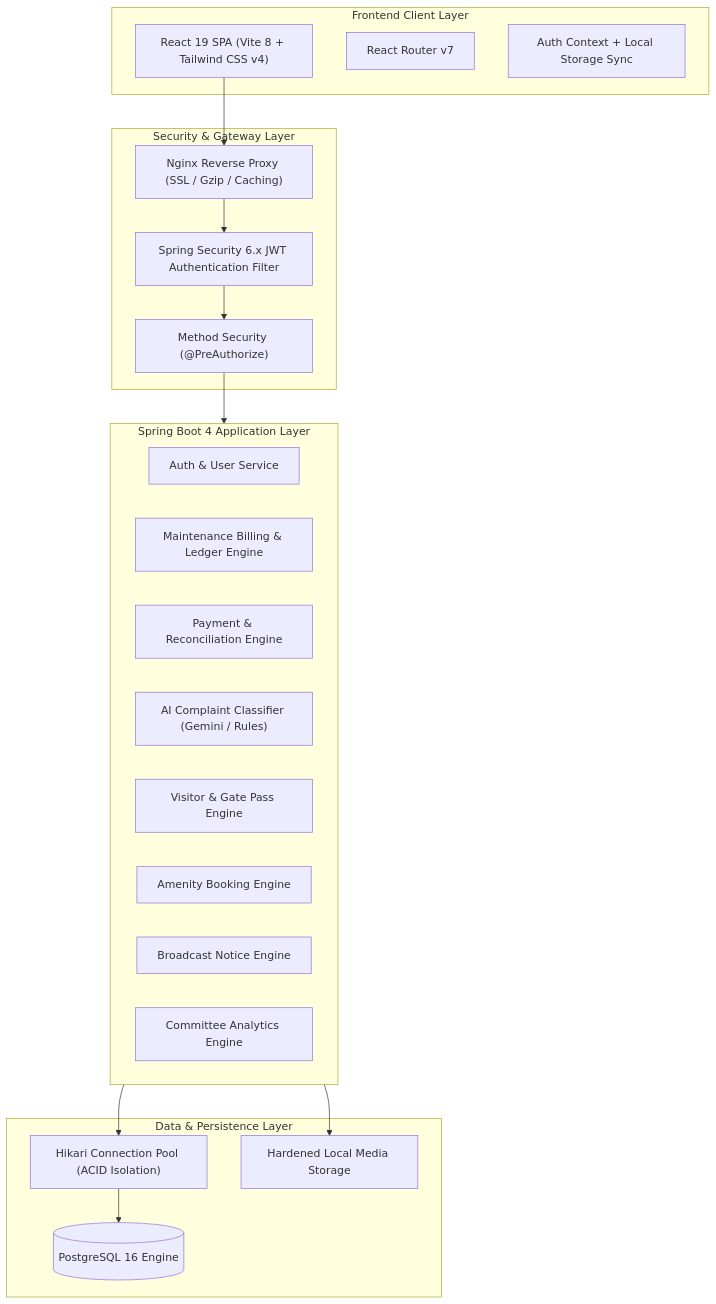
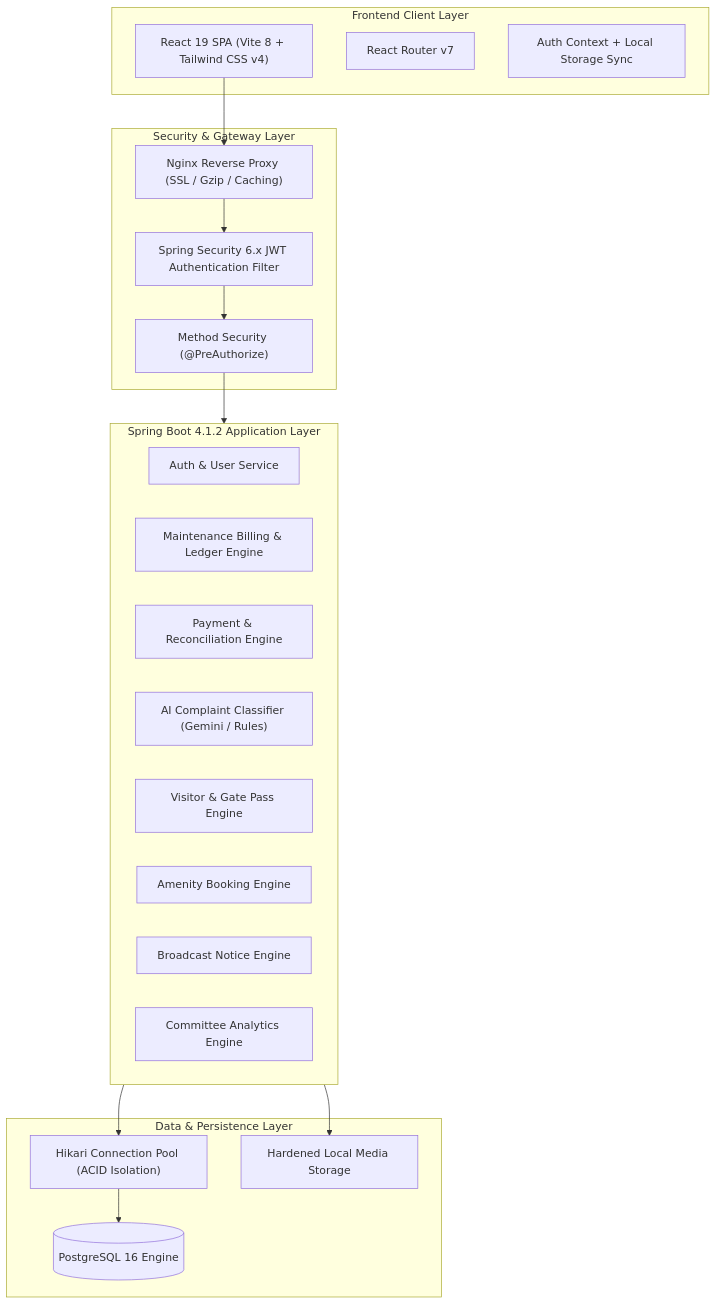
Before and after one commit to RealRajat/gated-township-management-system: the first of 4 diagrams in township-management/Technical_Design_Document.md, drawn with Mermaid. The commit also changed other lines of this file and 5 other files, not shown here.

Commit message:
docs: align TDD with Spring Boot 4.1.2 & JWT HS512, sanitize demo phone numbers, label all assumptions

````diff
--- a/township-management/Technical_Design_Document.md
+++ b/township-management/Technical_Design_Document.md
@@ -30,38 +33,38 @@
 ```mermaid
 graph TB
     subgraph ClientLayer["Frontend Client Layer"]
         SPA["React 19 SPA (Vite 8 + Tailwind CSS v4)"]
         Router["React Router v7"]
         State["Auth Context + Local Storage Sync"]
     end
 
     subgraph SecurityLayer["Security & Gateway Layer"]
         Nginx["Nginx Reverse Proxy (SSL / Gzip / Caching)"]
         SecurityFilter["Spring Security 6.x JWT Authentication Filter"]
         RBAC["Method Security (@PreAuthorize)"]
     end
 
-    subgraph BackendLayer["Spring Boot 4 Application Layer"]
+    subgraph BackendLayer["Spring Boot 4.1.2 Application Layer"]
         AuthSvc["Auth & User Service"]
         BillSvc["Maintenance Billing & Ledger Engine"]
         PaySvc["Payment & Reconciliation Engine"]
         AiSvc["AI Complaint Classifier (Gemini / Rules)"]
         GateSvc["Visitor & Gate Pass Engine"]
         AmenitySvc["Amenity Booking Engine"]
         NoticeSvc["Broadcast Notice Engine"]
         AnalyticsSvc["Committee Analytics Engine"]
     end
 
     subgraph StorageLayer["Data & Persistence Layer"]
         Postgres[(PostgreSQL 16 Engine)]
         Hikari["Hikari Connection Pool (ACID Isolation)"]
         DiskStore["Hardened Local Media Storage"]
     end
 
     SPA --> Nginx
     Nginx --> SecurityFilter
     SecurityFilter --> RBAC
     RBAC --> BackendLayer
     BackendLayer --> Hikari --> Postgres
     BackendLayer --> DiskStore
 ```
````
